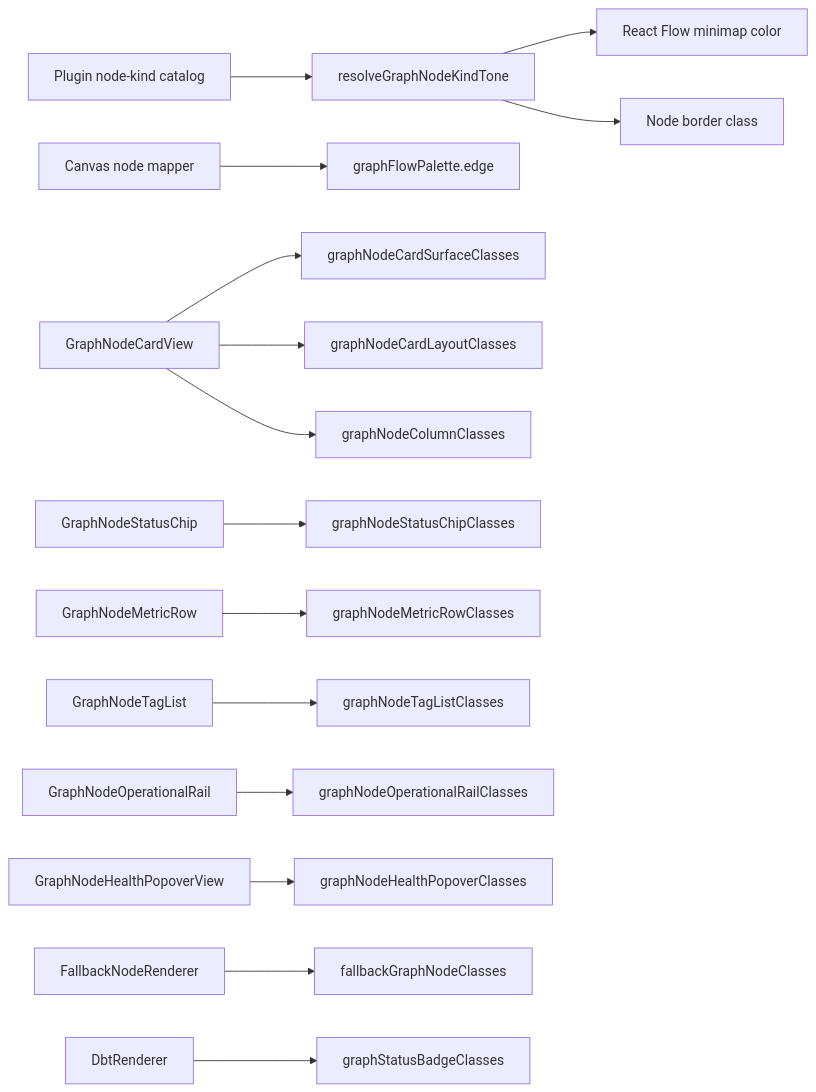
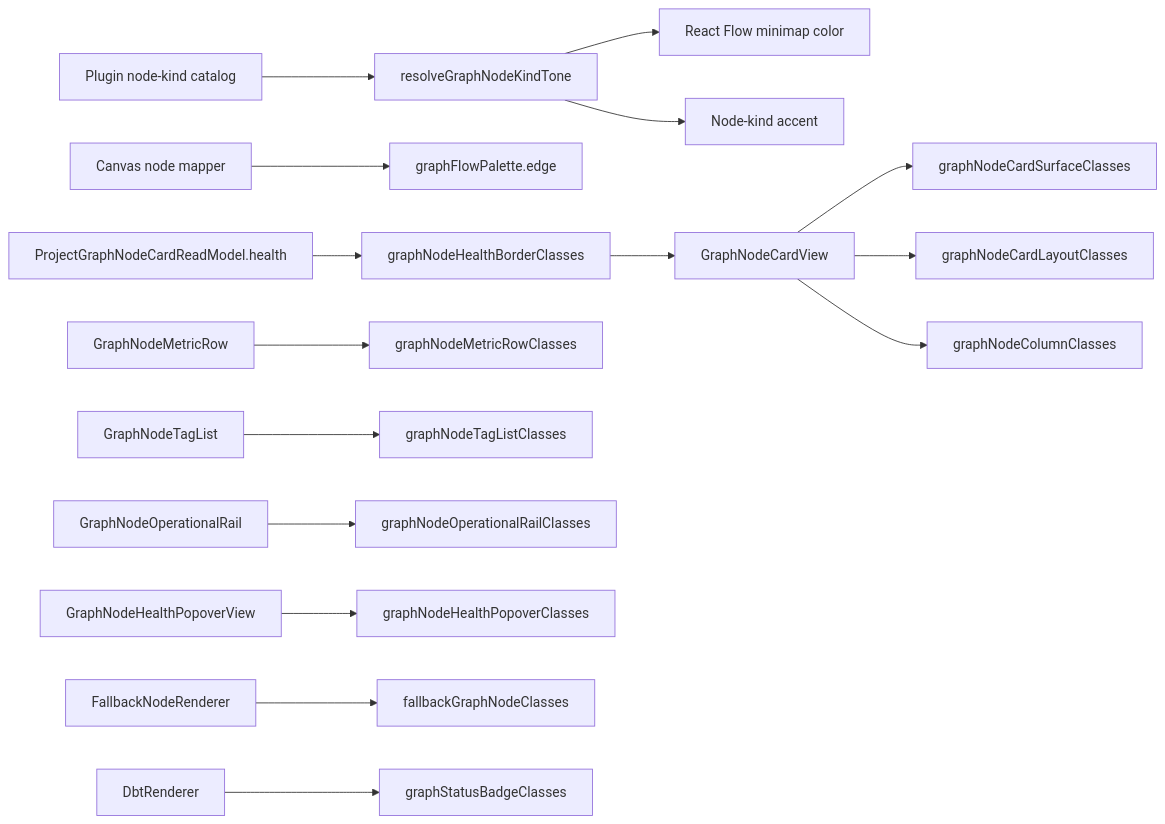
The diagram in docs/architecture/components/web/graph/react-flow-visual-token-component.md (dunay2/dvt), drawn with Mermaid before and after one commit. The commit also changed other lines of this file and 24 other files, not shown here.

First line of the commit message:
fix(web): Project semantic node health borders (#2779)

````diff
--- a/docs/architecture/components/web/graph/react-flow-visual-token-component.md
+++ b/docs/architecture/components/web/graph/react-flow-visual-token-component.md
@@ -47,17 +66,18 @@
 ```mermaid
 flowchart LR
     Catalog["Plugin node-kind catalog"] --> Tone["resolveGraphNodeKindTone"]
     Tone --> Minimap["React Flow minimap color"]
-    Tone --> NodeBorder["Node border class"]
+    Tone --> NodeKindAccent["Node-kind accent"]
     CanvasMapper["Canvas node mapper"] --> EdgePalette["graphFlowPalette.edge"]
     Card["GraphNodeCardView"] --> CardSurface["graphNodeCardSurfaceClasses"]
     Card --> CardLayout["graphNodeCardLayoutClasses"]
     Card --> Columns["graphNodeColumnClasses"]
-    Status["GraphNodeStatusChip"] --> StatusChip["graphNodeStatusChipClasses"]
+    CardHealth["ProjectGraphNodeCardReadModel.health"] --> HealthBorder["graphNodeHealthBorderClasses"]
+    HealthBorder --> Card
     Metrics["GraphNodeMetricRow"] --> MetricTokens["graphNodeMetricRowClasses"]
     Tags["GraphNodeTagList"] --> TagTokens["graphNodeTagListClasses"]
     Rail["GraphNodeOperationalRail"] --> RailTokens["graphNodeOperationalRailClasses"]
     Health["GraphNodeHealthPopoverView"] --> HealthTokens["graphNodeHealthPopoverClasses"]
     Fallback["FallbackNodeRenderer"] --> FallbackTokens["fallbackGraphNodeClasses"]
     DbtRenderer --> StatusBadge["graphStatusBadgeClasses"]
 ```
````
